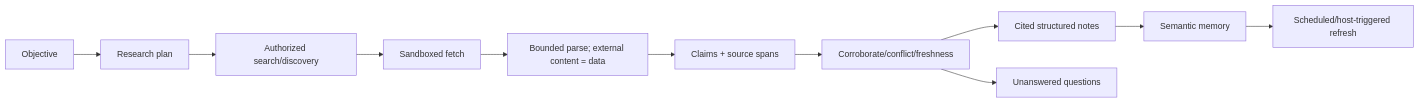
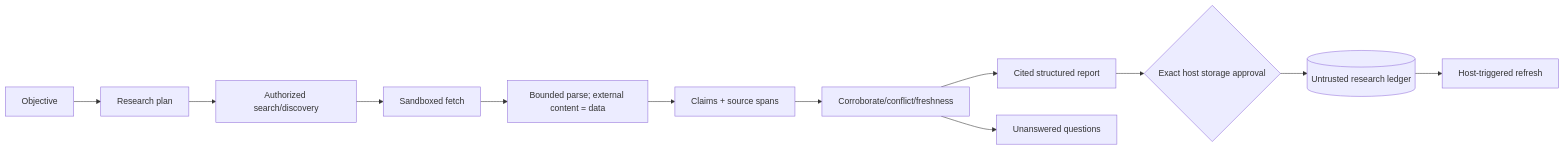
Before and after one commit to DanCreates1/JARVIS: the fifth of 7 diagrams in docs/JARVIS_ARCHITECTURE.md, drawn with Mermaid. The commit also changed other lines of this file and 68 other files, not shown here.

````diff
--- a/docs/JARVIS_ARCHITECTURE.md
+++ b/docs/JARVIS_ARCHITECTURE.md
@@ -376,13 +376,14 @@
 ```mermaid
 flowchart LR
     Objective --> Plan[Research plan]
     Plan --> Discover[Authorized search/discovery]
     Discover --> Fetch[Sandboxed fetch]
     Fetch --> Parse[Bounded parse; external content = data]
     Parse --> Claims[Claims + source spans]
     Claims --> Compare[Corroborate/conflict/freshness]
-    Compare --> Notes[Cited structured notes]
-    Notes --> Knowledge[Semantic memory]
+    Compare --> Notes[Cited structured report]
+    Notes --> Review{Exact host storage approval}
+    Review --> Ledger[(Untrusted research ledger)]
     Compare --> Gaps[Unanswered questions]
-    Knowledge --> Revalidate[Scheduled/host-triggered refresh]
+    Ledger --> Revalidate[Host-triggered refresh]
 ```
````
